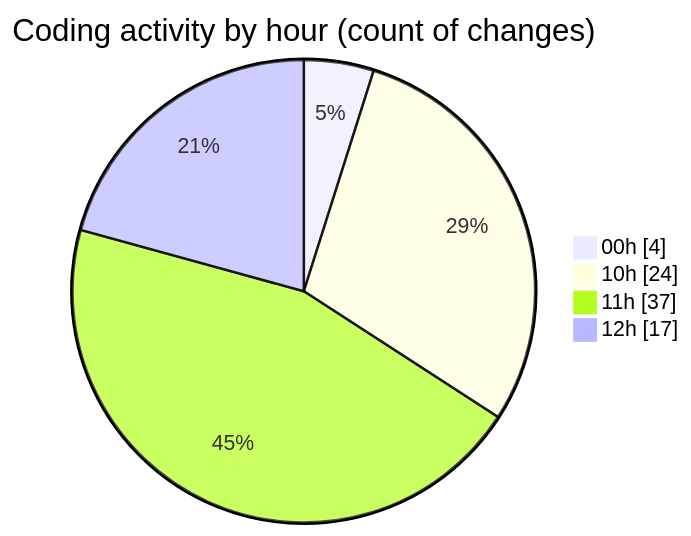
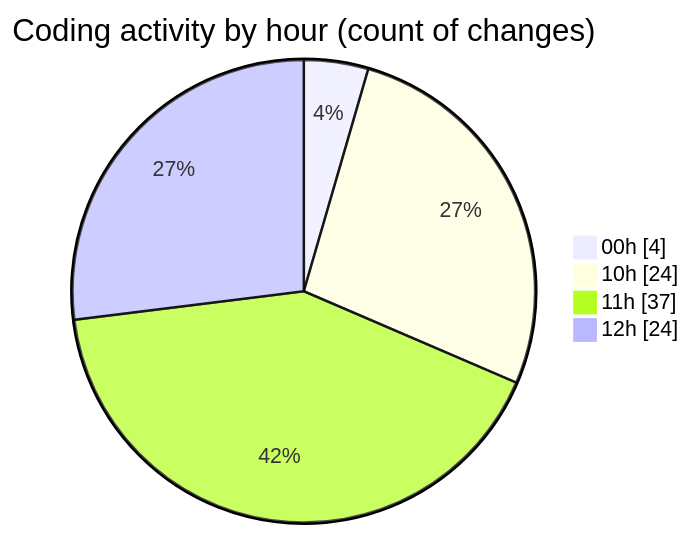
The second of 2 diagrams in 2025-04-04/back-end/README.md (Netris89/code-tracking), drawn with Mermaid before and after one commit. The commit also changed other lines of this file and 1 other file, not shown here.

````diff
--- a/2025-04-04/back-end/README.md
+++ b/2025-04-04/back-end/README.md
@@ -43,8 +43,8 @@
 ```mermaid
 pie showData
 title Coding activity by hour (count of changes)
 "00h" : 4
 "10h" : 24
 "11h" : 37
-"12h" : 17
+"12h" : 24
 ```
````
